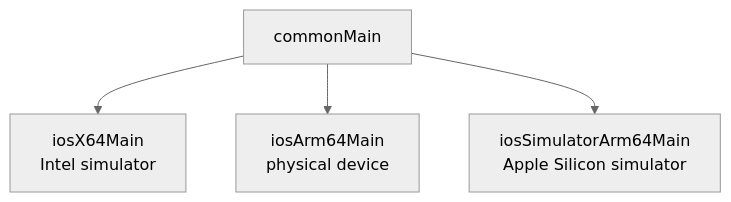
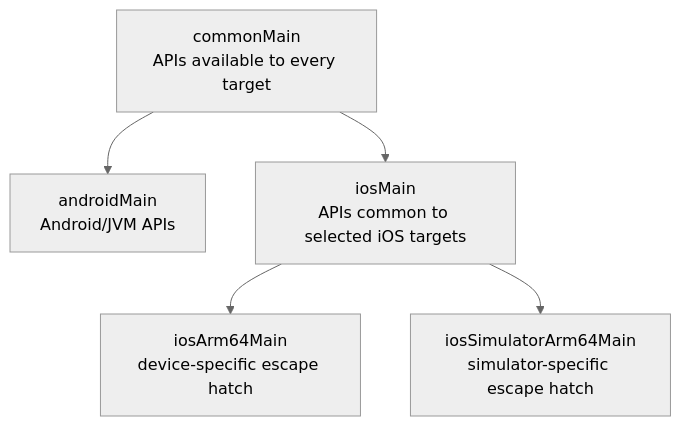
Before and after one commit to swarnsingh/android-staff-engineer-playbook-website: the first of 3 diagrams in android/kotlin-multiplatform/tooling/build-system-and-source-sets.md, drawn with Mermaid (neutral theme). The commit also changed other lines of this file and 1 other file, not shown here.

````diff
--- a/android/kotlin-multiplatform/tooling/build-system-and-source-sets.md
+++ b/android/kotlin-multiplatform/tooling/build-system-and-source-sets.md
@@ -228,7 +96,7 @@
 ```mermaid
 flowchart TD
-    Common["commonMain"]
-    Common --> X64["iosX64Main<br/>Intel simulator"]
-    Common --> Arm["iosArm64Main<br/>physical device"]
-    Common --> SimArm["iosSimulatorArm64Main<br/>Apple Silicon simulator"]
+    Common["commonMain<br/>APIs available to every target"] --> Android["androidMain<br/>Android/JVM APIs"]
+    Common --> IOS["iosMain<br/>APIs common to selected iOS targets"]
+    IOS --> Device["iosArm64Main<br/>device-specific escape hatch"]
+    IOS --> Simulator["iosSimulatorArm64Main<br/>simulator-specific escape hatch"]
 ```
````
